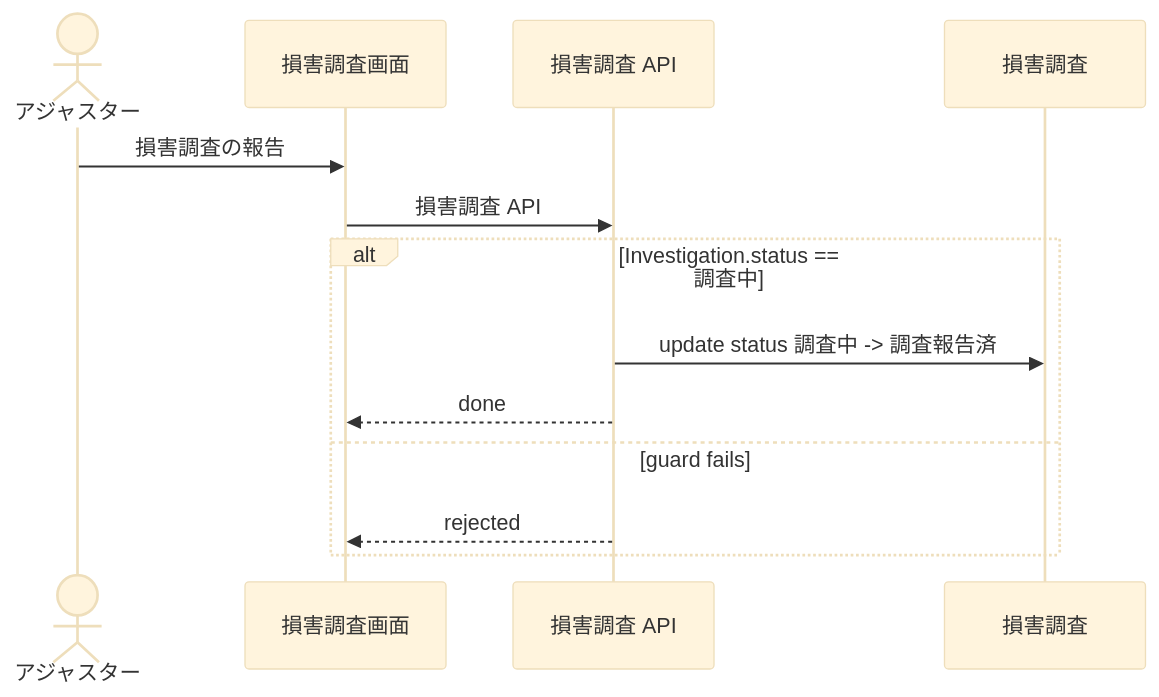
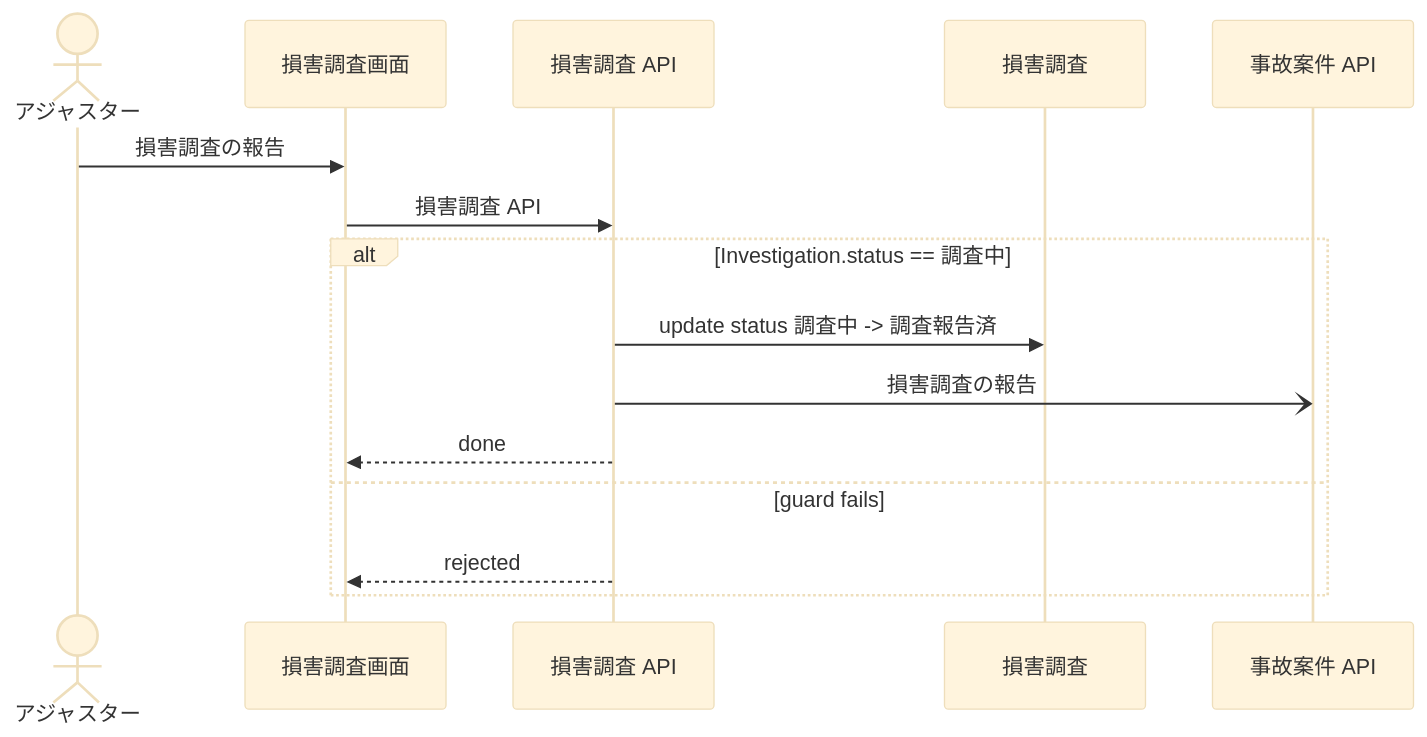
One commit to manji-0/rdra-ish-dsl changed the diagram in samples/insurance-claim-ops/out/uc/sequence_ReportSurvey.mmd. Above: the diagram before and after it, drawn with Mermaid (base theme). The commit also changed 24 other files, not shown here.

```diff
--- a/samples/insurance-claim-ops/out/uc/sequence_ReportSurvey.mmd
+++ b/samples/insurance-claim-ops/out/uc/sequence_ReportSurvey.mmd
@@ -1,16 +1,18 @@
 %% rdra-ish diagram=sequence scope=usecase:ReportSurvey model=samples/insurance-claim-ops
 %% kinds: actor screen api entity
-%% omitted: buc step medium permission
+%% omitted: buc step medium permission event
 sequenceDiagram
   actor actor__Adjuster as アジャスター
   participant screen__InvestigationScreen as 損害調査画面
   participant api__InvestigationApi as 損害調査 API
   participant entity__Investigation as 損害調査
+  participant api__CaseApi as 事故案件 API
   actor__Adjuster ->> screen__InvestigationScreen: 損害調査の報告
   screen__InvestigationScreen ->> api__InvestigationApi: 損害調査 API
   alt Investigation.status == 調査中
     api__InvestigationApi ->> entity__Investigation: update status 調査中 -> 調査報告済
+    api__InvestigationApi -) api__CaseApi: 損害調査の報告
     api__InvestigationApi -->> screen__InvestigationScreen: done
   else guard fails
     api__InvestigationApi -->> screen__InvestigationScreen: rejected
   end
```
